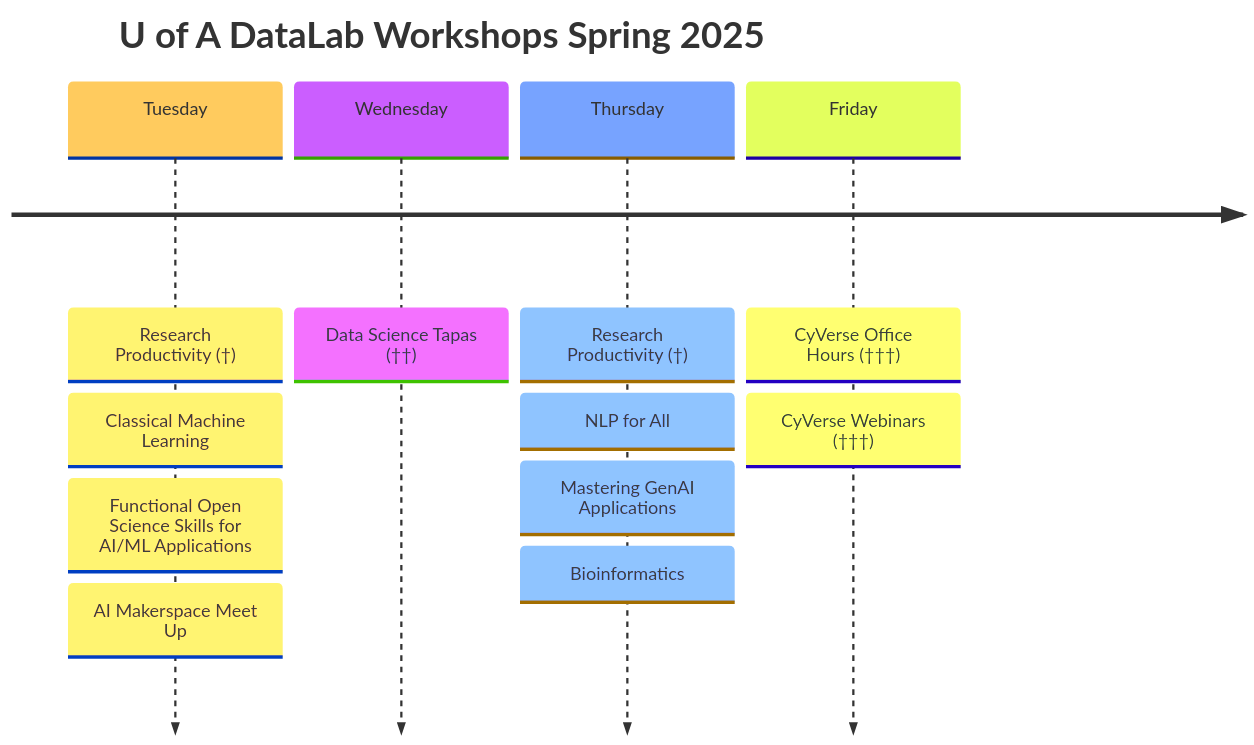
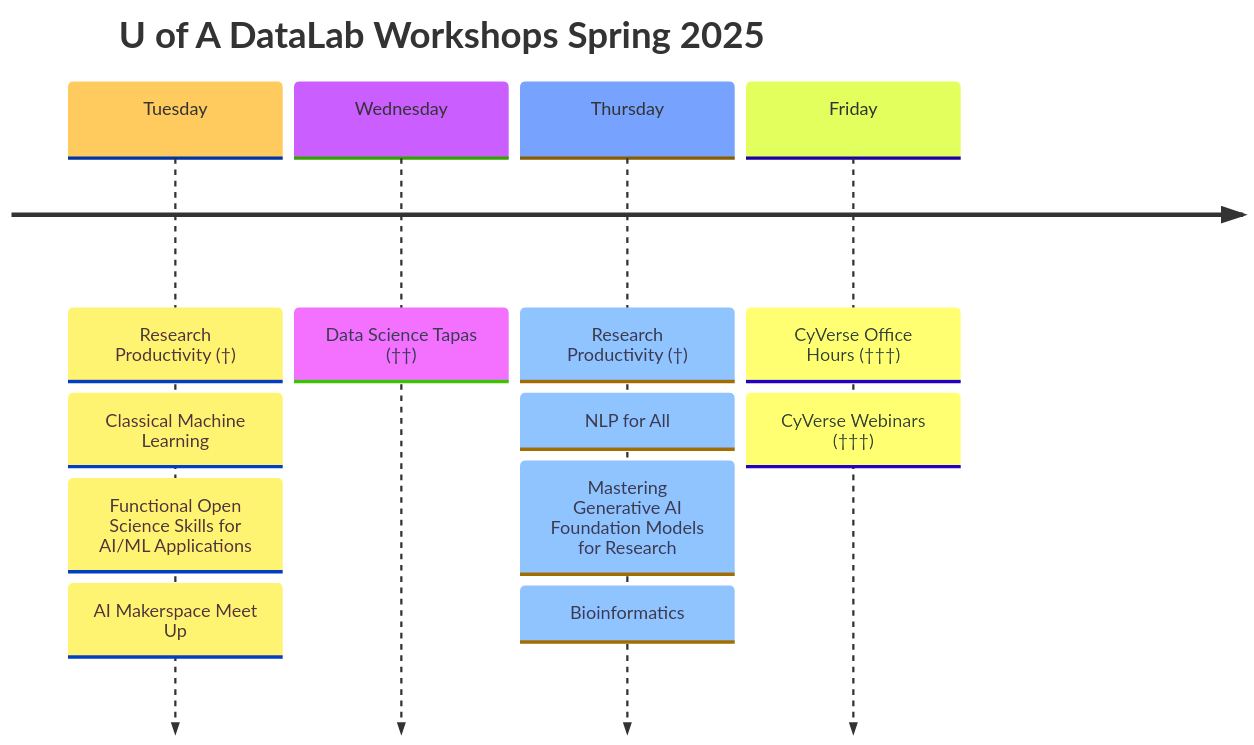
The diagram in docs/index.md (ua-datalab/ua-datalab.github.io), drawn with Mermaid before and after one commit. The commit also changed other lines of this file, not shown here.

````diff
--- a/docs/index.md
+++ b/docs/index.md
@@ -29,16 +29,16 @@
 ```mermaid
 %%{init: { 'logLevel': 'debug', 'theme': 'base' } }%%
 timeline
     title U of A DataLab Workshops Spring 2025
     Tuesday : Research Productivity (†)
     	    : Classical Machine Learning
 	    : Functional Open Science Skills for AI/ML Applications
 	    : AI Makerspace Meet Up
     Wednesday : Data Science Tapas (††)
     Thursday : Research Productivity (†)
     	     : NLP for All
-    	     : Mastering GenAI Applications
+    	     : Mastering Generative AI Foundation Models for Research
     	     : Bioinformatics
     Friday : CyVerse Office Hours (†††)
     	   : CyVerse Webinars (†††)
 ```
````
